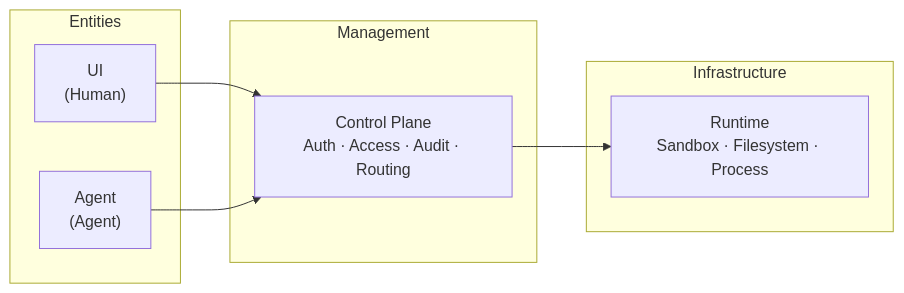
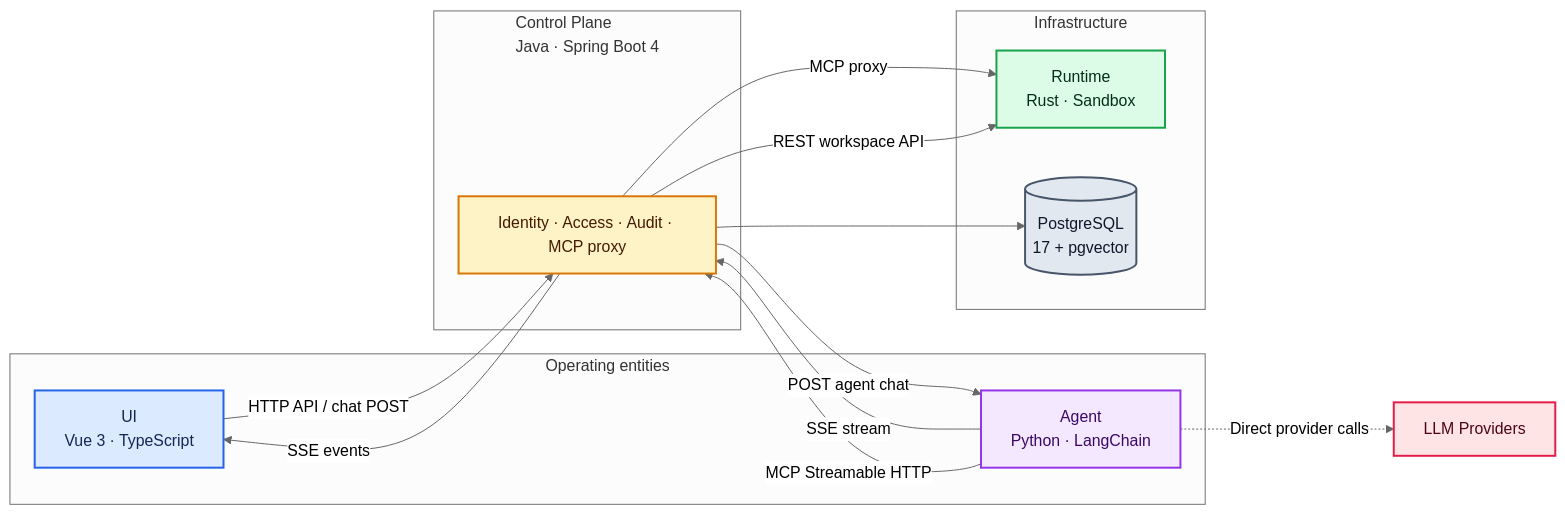
The diagram in README.md (cc01cc/xihe-project), drawn with Mermaid before and after one commit. The commit also changed other lines of this file and 3 other files, not shown here.

First line of the commit message:
docs(xh): refresh bilingual README and architecture diagram

````diff
--- a/README.md
+++ b/README.md
@@ -58,20 +33,37 @@
 ```mermaid
-%%{init: {'theme: 'neutral'}}%%
+%%{init: {'theme': 'neutral'}}%%
 flowchart LR
-    subgraph Entities
-        UI["UI<br/>(Human)"]
-        AG["Agent<br/>(Agent)"]
+    subgraph Actors["Operating entities"]
+        UI["UI<br/>Vue 3 · TypeScript"]
+        AG["Agent<br/>Python · LangChain"]
     end
-
-    subgraph Management
-        CP["Control Plane<br/>Auth · Access · Audit · Routing"]
+    subgraph Management["Control Plane<br/>Java · Spring Boot 4"]
+        CP["Identity · Access · Audit · MCP proxy"]
     end
-
-    subgraph Infrastructure
-        RT["Runtime<br/>Sandbox · Filesystem · Process"]
+    subgraph Infra["Infrastructure"]
+        RT["Runtime<br/>Rust · Sandbox"]
+        PG[("PostgreSQL<br/>17 + pgvector")]
     end
-
-    UI --> CP
-    AG --> CP
-    CP --> RT
+    LLM["LLM Providers"]
+    UI -->|"HTTP API / chat POST"| CP
+    CP -->|"SSE events"| UI
+    CP -->|"POST agent chat"| AG
+    AG -->|"SSE stream"| CP
+    AG -->|"MCP Streamable HTTP"| CP
+    CP -->|"MCP proxy"| RT
+    CP -->|"REST workspace API"| RT
+    CP --> PG
+    AG -.->|"Direct provider calls"| LLM
+    classDef ui fill:#dbeafe,stroke:#2563eb,color:#172554,stroke-width:2px
+    classDef agent fill:#f3e8ff,stroke:#9333ea,color:#3b0764,stroke-width:2px
+    classDef control fill:#fef3c7,stroke:#d97706,color:#451a03,stroke-width:2px
+    classDef runtime fill:#dcfce7,stroke:#16a34a,color:#052e16,stroke-width:2px
+    classDef data fill:#e2e8f0,stroke:#475569,color:#0f172a,stroke-width:2px
+    classDef external fill:#ffe4e6,stroke:#e11d48,color:#4c0519,stroke-width:2px
+    class UI ui
+    class AG agent
+    class CP control
+    class RT runtime
+    class PG data
+    class LLM external
 ```
````
